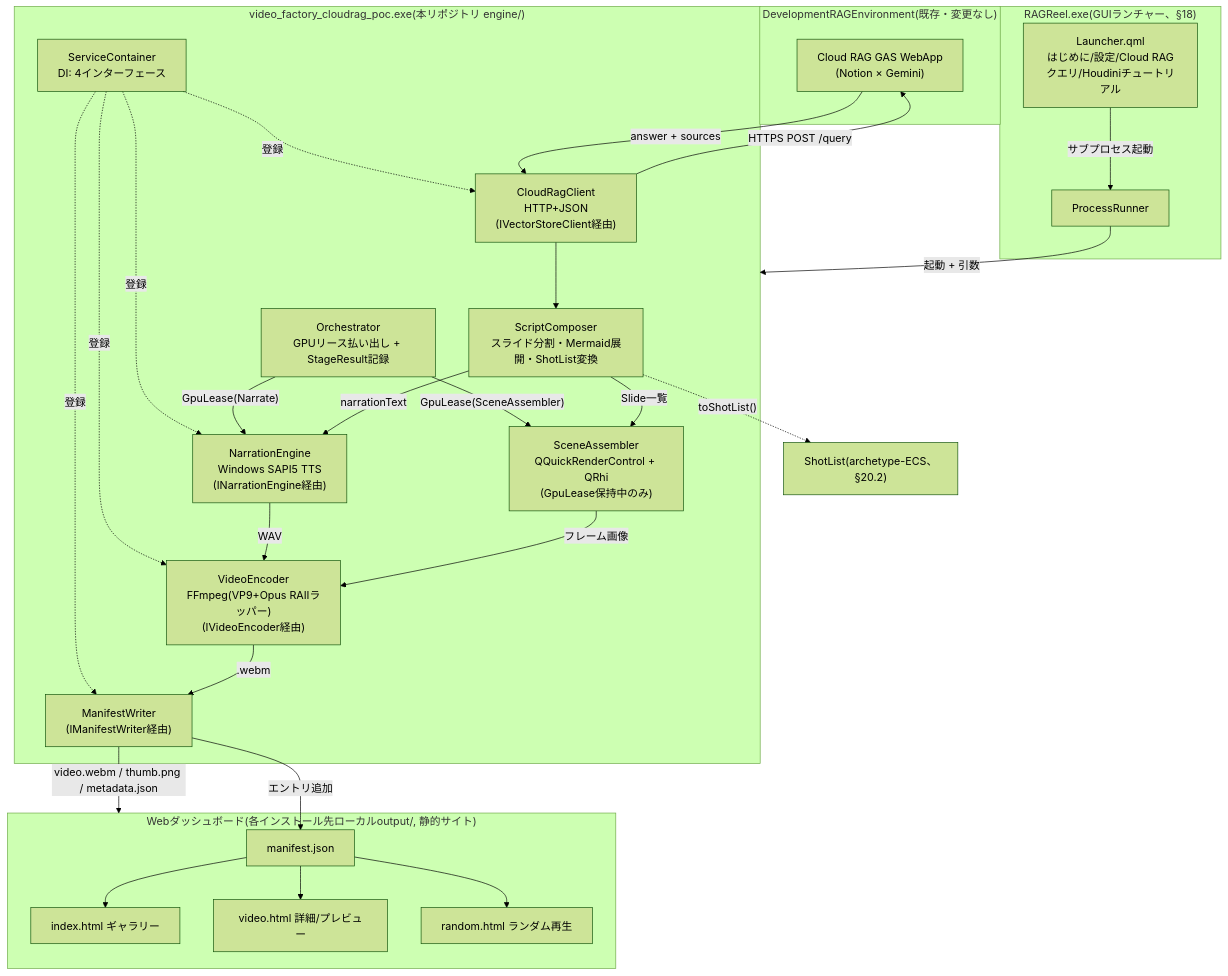
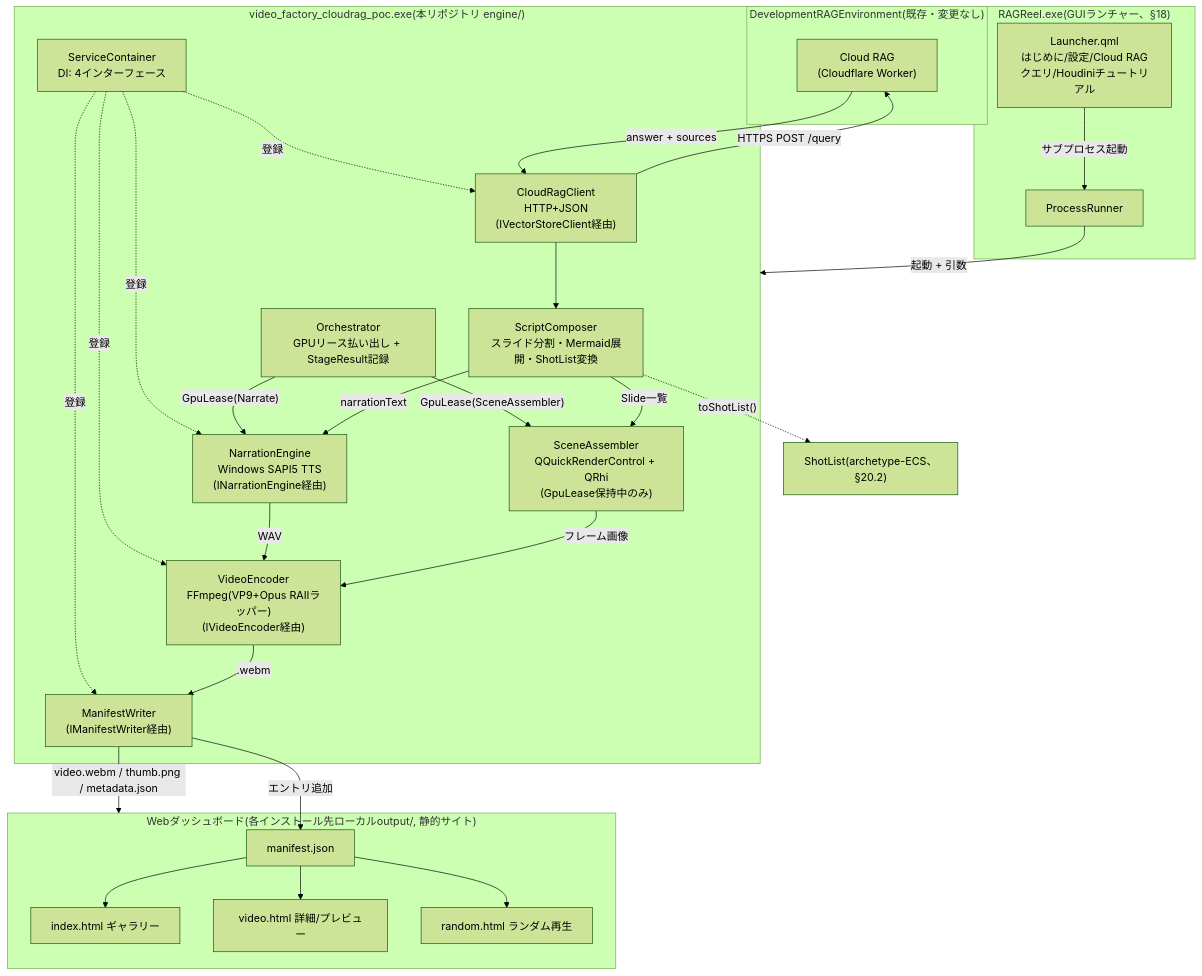
The first of 17 diagrams in docs/technical-reference.md (manato1201/RAGReel), drawn with Mermaid (forest theme) before and after one commit. The commit also changed other lines of this file and 8 other files, not shown here.

First line of the commit message:
GAS の Cloud RAG クライアントを、Cloudflare Worker のクライアントに置き換え

````diff
--- a/docs/technical-reference.md
+++ b/docs/technical-reference.md
@@ -55,52 +57,52 @@
 ```mermaid
 flowchart TB
     subgraph rag["DevelopmentRAGEnvironment(既存・変更なし)"]
-        GAS["Cloud RAG GAS WebApp<br/>(Notion × Gemini)"]
+        GAS["Cloud RAG<br/>(Cloudflare Worker)"]
     end
 
     subgraph launcher["RAGReel.exe(GUIランチャー、§18)"]
         UI["Launcher.qml<br/>はじめに/設定/Cloud RAGクエリ/Houdiniチュートリアル"]
         PR["ProcessRunner"]
     end
 
     subgraph engine["video_factory_cloudrag_poc.exe(本リポジトリ engine/)"]
         ORCH["Orchestrator<br/>GPUリース払い出し + StageResult記録"]
         SVC["ServiceContainer<br/>DI: 4インターフェース"]
         CRC["CloudRagClient<br/>HTTP+JSON<br/>(IVectorStoreClient経由)"]
         NE["NarrationEngine<br/>Windows SAPI5 TTS<br/>(INarrationEngine経由)"]
         SC["ScriptComposer<br/>スライド分割・Mermaid展開・ShotList変換"]
         SA["SceneAssembler<br/>QQuickRenderControl + QRhi<br/>(GpuLease保持中のみ)"]
         VE["VideoEncoder<br/>FFmpeg(VP9+Opus RAIIラッパー)<br/>(IVideoEncoder経由)"]
         MW["ManifestWriter<br/>(IManifestWriter経由)"]
     end
 
     subgraph web["Webダッシュボード(各インストール先ローカルoutput/, 静的サイト)"]
         GALLERY["index.html ギャラリー"]
         DETAIL["video.html 詳細/プレビュー"]
         RANDOM["random.html ランダム再生"]
         MANIFEST["manifest.json"]
     end
 
     UI -- "サブプロセス起動" --> PR
     PR -- "起動 + 引数" --> engine
     SVC -.->|"登録"| CRC
     SVC -.->|"登録"| NE
     SVC -.->|"登録"| VE
     SVC -.->|"登録"| MW
     ORCH -- "GpuLease(Narrate)" --> NE
     ORCH -- "GpuLease(SceneAssembler)" --> SA
     CRC -- "HTTPS POST /query" --> GAS
     GAS -- "answer + sources" --> CRC
     CRC --> SC
     SC -- "narrationText" --> NE
     NE -- "WAV" --> VE
     SC -- "Slide一覧" --> SA
     SC -.->|"toShotList()"| SHOTS["ShotList(archetype-ECS、§20.2)"]
     SA -- "フレーム画像" --> VE
     VE -- ".webm" --> MW
     MW -- "video.webm / thumb.png / metadata.json" --> web
     MW -- "エントリ追加" --> MANIFEST
     MANIFEST --> GALLERY
     MANIFEST --> DETAIL
     MANIFEST --> RANDOM
 ```
````
